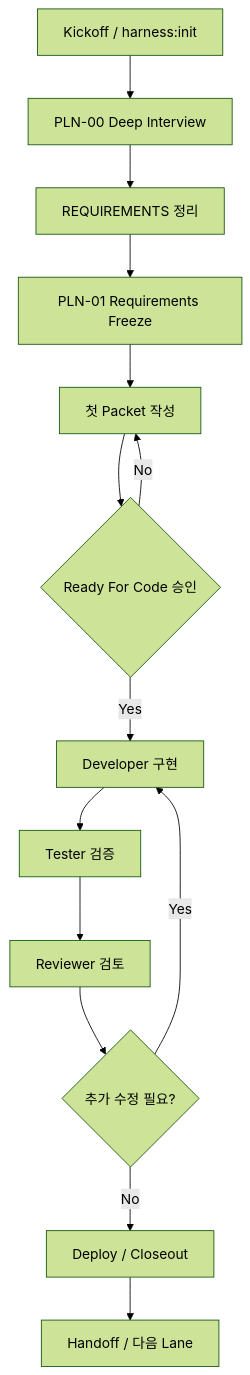
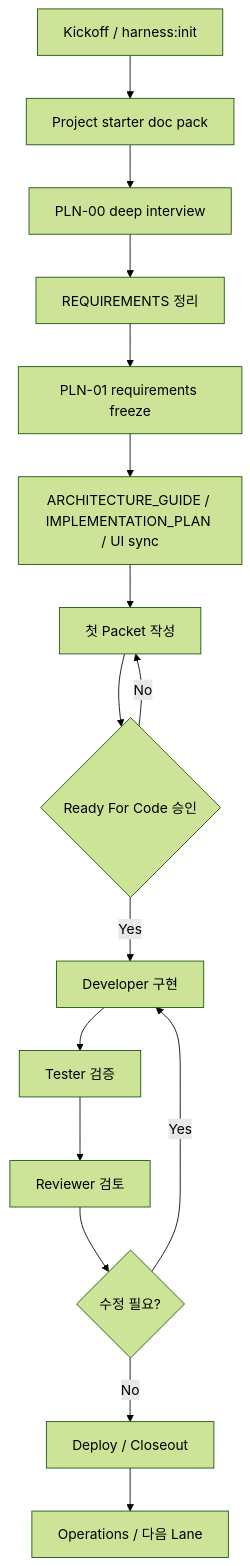
Before and after one commit to Heeyoung-Ahn/harness-implementation-v1: the first of 2 diagrams in dist/standard-harness-v1.3/.package/standard-template/reference/manuals/HARNESS_MANUAL.md, drawn with Mermaid (forest theme). The commit also changed other lines of this file and 66 other files, not shown here.

Commit message:
Update harness kickoff docs and installer payload

````diff
--- a/dist/standard-harness-v1.3/.package/standard-template/reference/manuals/HARNESS_MANUAL.md
+++ b/dist/standard-harness-v1.3/.package/standard-template/reference/manuals/HARNESS_MANUAL.md
@@ -52,16 +292,18 @@
 ```mermaid
 flowchart TD
-    A["Kickoff / harness:init"] --> B["PLN-00 Deep Interview"]
-    B --> C["REQUIREMENTS 정리"]
-    C --> D["PLN-01 Requirements Freeze"]
-    D --> E["첫 Packet 작성"]
-    E --> F{"Ready For Code 승인"}
-    F -->|No| E
-    F -->|Yes| G["Developer 구현"]
-    G --> H["Tester 검증"]
-    H --> I["Reviewer 검토"]
-    I --> J{"추가 수정 필요?"}
-    J -->|Yes| G
-    J -->|No| K["Deploy / Closeout"]
-    K --> L["Handoff / 다음 Lane"]
+    A["Kickoff / harness:init"] --> B["Project starter doc pack"]
+    B --> C["PLN-00 deep interview"]
+    C --> D["REQUIREMENTS 정리"]
+    D --> E["PLN-01 requirements freeze"]
+    E --> F["ARCHITECTURE_GUIDE / IMPLEMENTATION_PLAN / UI sync"]
+    F --> G["첫 Packet 작성"]
+    G --> H{"Ready For Code 승인"}
+    H -->|No| G
+    H -->|Yes| I["Developer 구현"]
+    I --> J["Tester 검증"]
+    J --> K["Reviewer 검토"]
+    K --> L{"수정 필요?"}
+    L -->|Yes| I
+    L -->|No| M["Deploy / Closeout"]
+    M --> N["Operations / 다음 Lane"]
 ```
````
